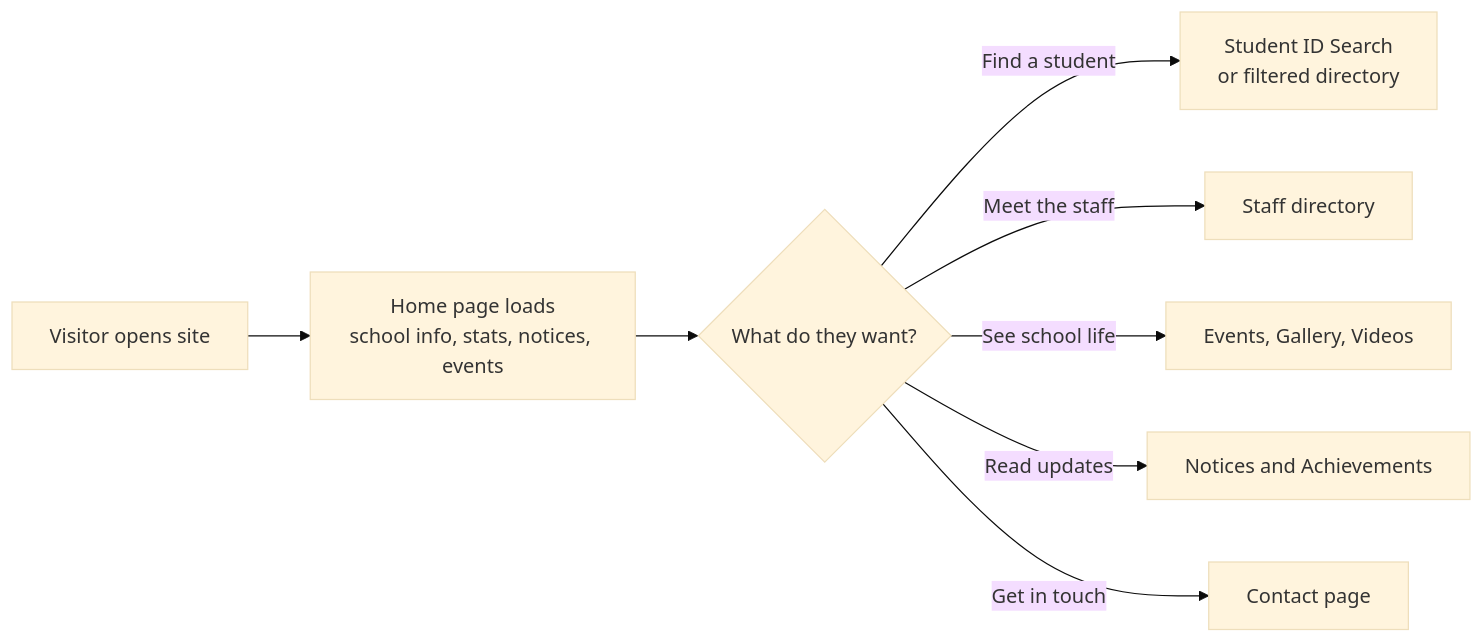
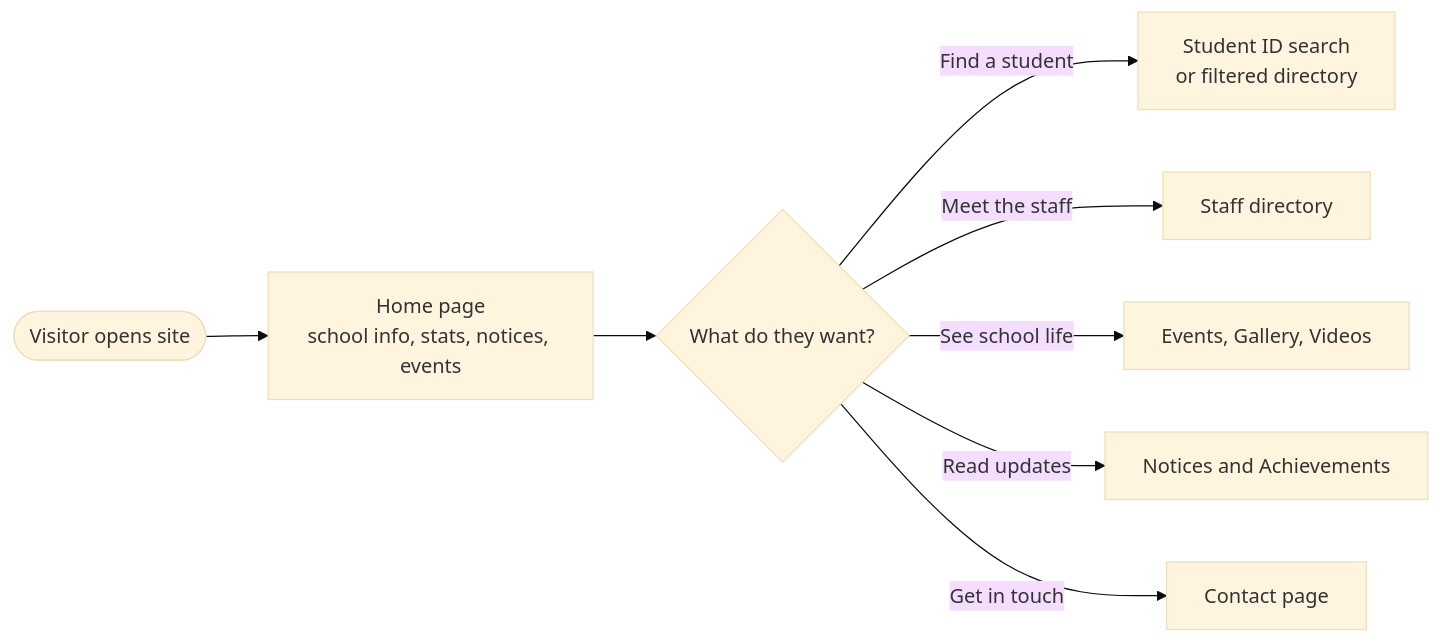
Before and after one commit to MahalaxmiKouchika/TSMS-dashboard: the third of 6 diagrams in README.md, drawn with Mermaid (base theme). The commit also changed other lines of this file, not shown here.

````diff
--- a/README.md
+++ b/README.md
@@ -394,10 +462,10 @@
 ```mermaid
 flowchart LR
-    A[Visitor opens site] --> B[Home page loads<br/>school info, stats, notices, events]
+    A([Visitor opens site]) --> B[Home page<br/>school info, stats, notices, events]
     B --> C{What do they want?}
-    C -->|Find a student| D[Student ID Search<br/>or filtered directory]
+    C -->|Find a student| D[Student ID search<br/>or filtered directory]
     C -->|Meet the staff| E[Staff directory]
     C -->|See school life| F[Events, Gallery, Videos]
     C -->|Read updates| G[Notices and Achievements]
     C -->|Get in touch| H[Contact page]
 ```
````
